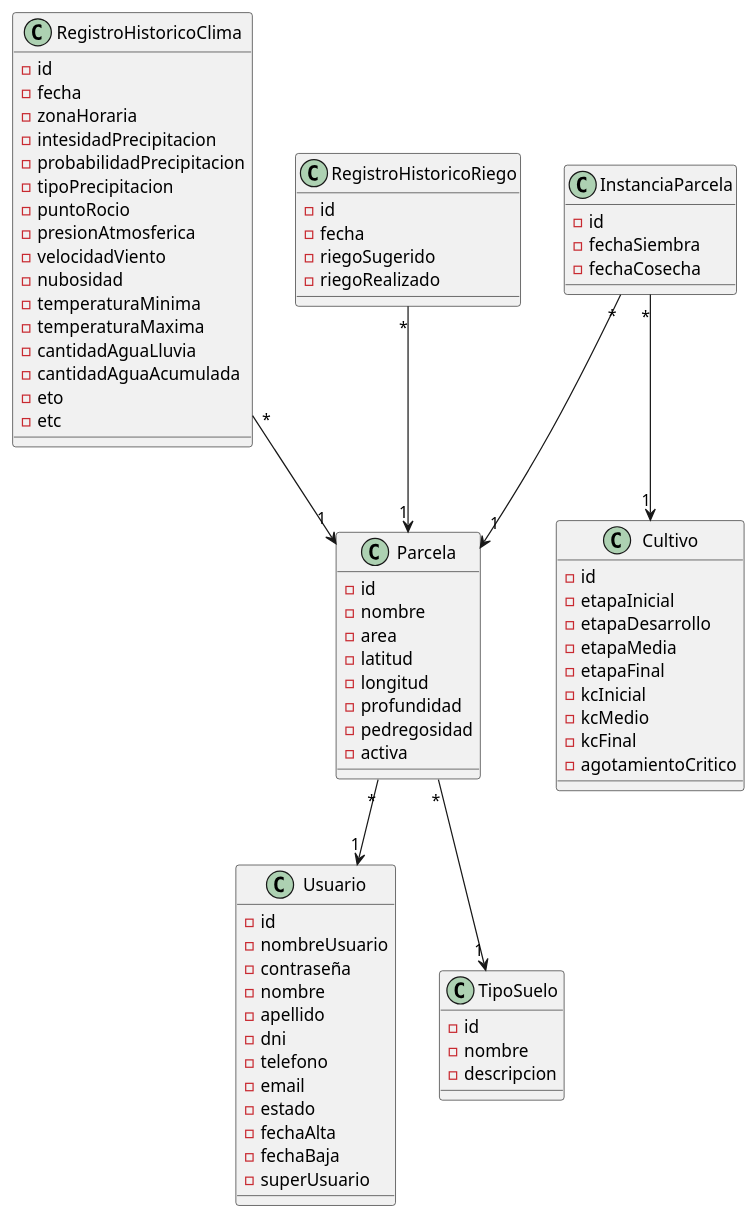
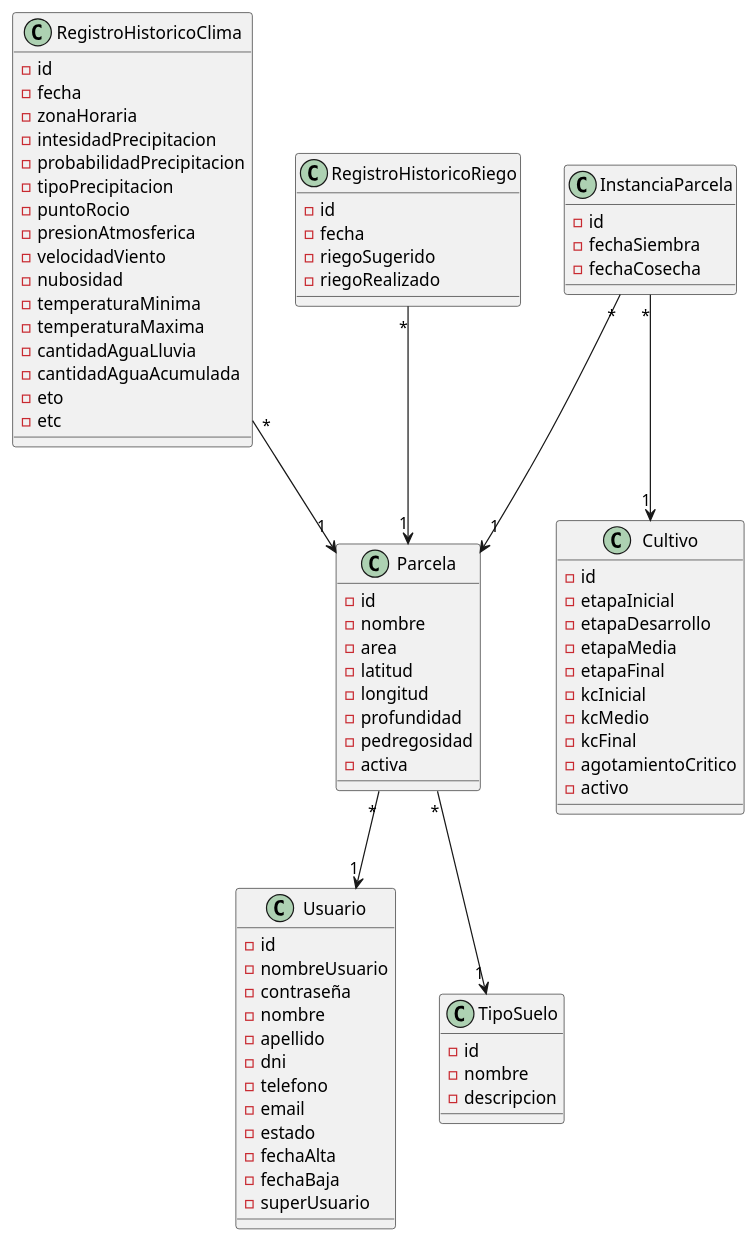
The diagram in Modelo de dominio/Modelo de dominio.pu (FacuDeveloper/Sistema-de-riego), drawn with PlantUML before and after one commit. The commit also changed 7 other files, not shown here.

```diff
--- a/Modelo de dominio/Modelo de dominio.pu
+++ b/Modelo de dominio/Modelo de dominio.pu
@@ -1,86 +1,87 @@
 @startuml
 
 Parcela "*"-->"1" Usuario
 Parcela "*"-->"1" TipoSuelo
 RegistroHistoricoClima "*"-->"1" Parcela
 RegistroHistoricoRiego "*"-->"1" Parcela
 InstanciaParcela "*"-->"1" Parcela
 InstanciaParcela "*"-->"1" Cultivo
 
 class Parcela {
 -id
 -nombre
 -area
 -latitud
 -longitud
 -profundidad
 -pedregosidad
 -activa
 }
 
 class Cultivo {
 -id
 -etapaInicial
 -etapaDesarrollo
 -etapaMedia
 -etapaFinal
 -kcInicial
 -kcMedio
 -kcFinal
 -agotamientoCritico
+-activo
 }
 
 class TipoSuelo {
 -id
 -nombre
 -descripcion
 }
 
 class RegistroHistoricoClima {
 -id
 -fecha
 -zonaHoraria
 -intesidadPrecipitacion
 -probabilidadPrecipitacion
 -tipoPrecipitacion
 -puntoRocio
 -presionAtmosferica
 -velocidadViento
 -nubosidad
 -temperaturaMinima
 -temperaturaMaxima
 -cantidadAguaLluvia
 -cantidadAguaAcumulada
 -eto
 -etc
 }
 
 class InstanciaParcela {
 -id
 -fechaSiembra
 -fechaCosecha
 }
 
 class RegistroHistoricoRiego {
 -id
 -fecha
 -riegoSugerido
 -riegoRealizado
 }
 
 class Usuario {
 -id
 -nombreUsuario
 -contraseña
 -nombre
 -apellido
 -dni
 -telefono
 -email
 -estado
 -fechaAlta
 -fechaBaja
 -superUsuario
 }
 
 @enduml
```
